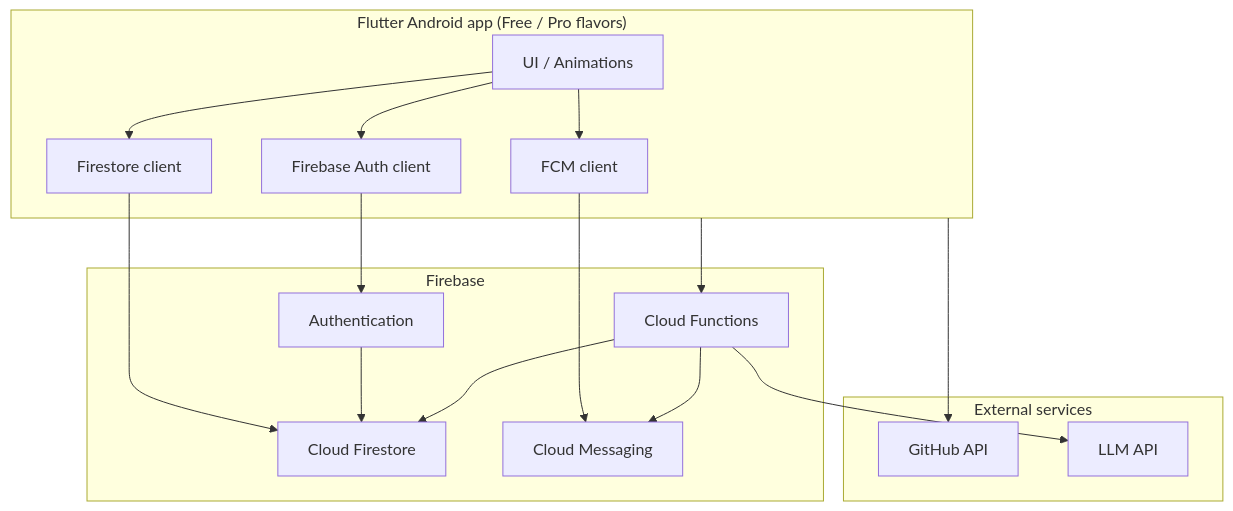
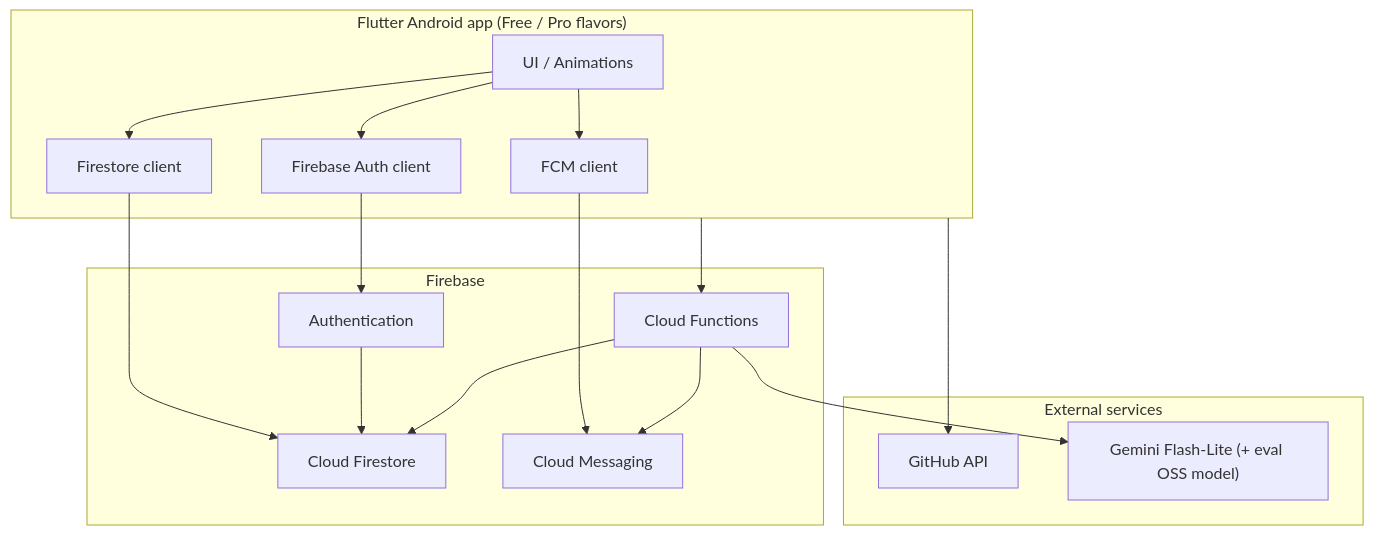
Before and after one commit to devDoniaAlhosin/devsync-open-source-collaboration-app: the diagram in README.md, drawn with Mermaid. The commit also changed other lines of this file and 52 other files, not shown here.

````diff
--- a/README.md
+++ b/README.md
@@ -150,36 +161,36 @@
 ```mermaid
 flowchart TB
   subgraph Client["Flutter Android app (Free / Pro flavors)"]
     UI["UI / Animations"]
     AuthClient["Firebase Auth client"]
     FCMClient["FCM client"]
     FirestoreClient["Firestore client"]
   end
 
   subgraph Firebase["Firebase"]
     Auth["Authentication"]
     FS["Cloud Firestore"]
     Functions["Cloud Functions"]
     FCM["Cloud Messaging"]
   end
 
   subgraph External["External services"]
     GitHub["GitHub API"]
-    LLM["LLM API"]
+    LLM["Gemini Flash-Lite (+ eval OSS model)"]
   end
 
   UI --> AuthClient
   UI --> FirestoreClient
   UI --> FCMClient
 
   AuthClient --> Auth
   FirestoreClient --> FS
   FCMClient --> FCM
 
   Auth --> FS
   Functions --> FS
   Functions --> FCM
   Functions --> LLM
   Client --> GitHub
   Client --> Functions
 ```
````
